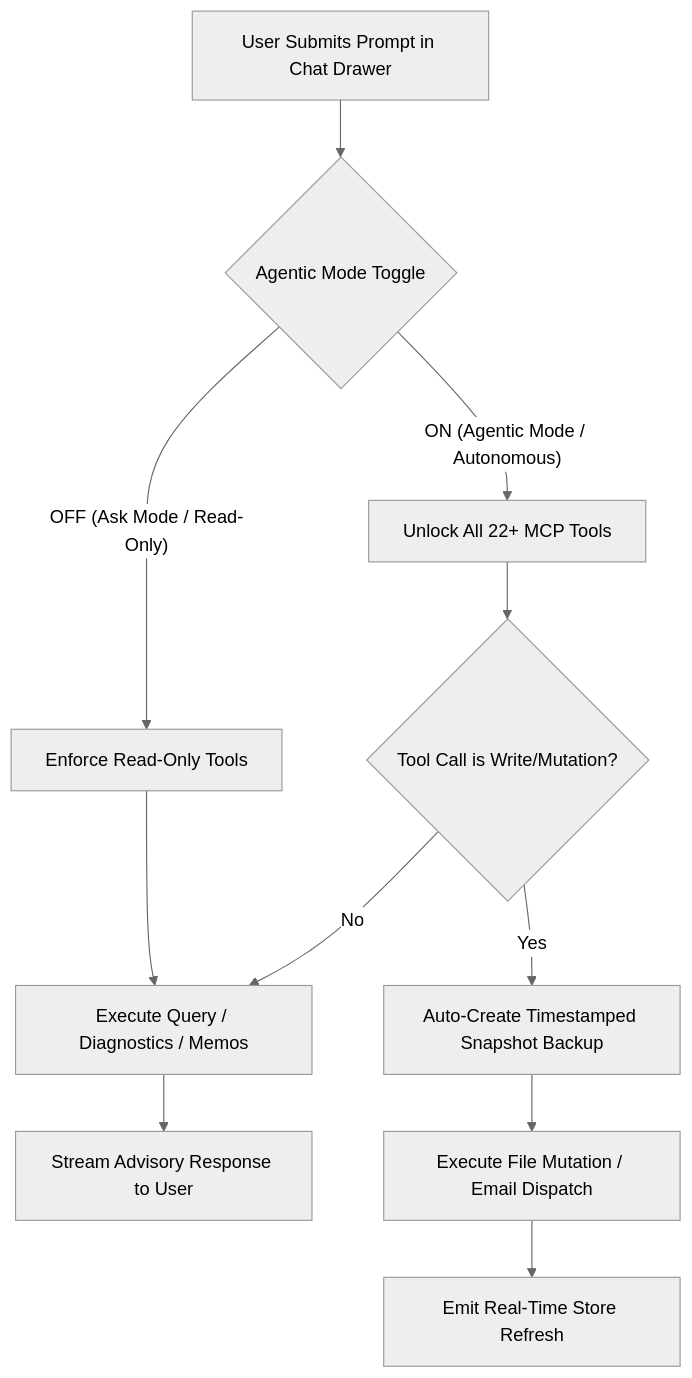
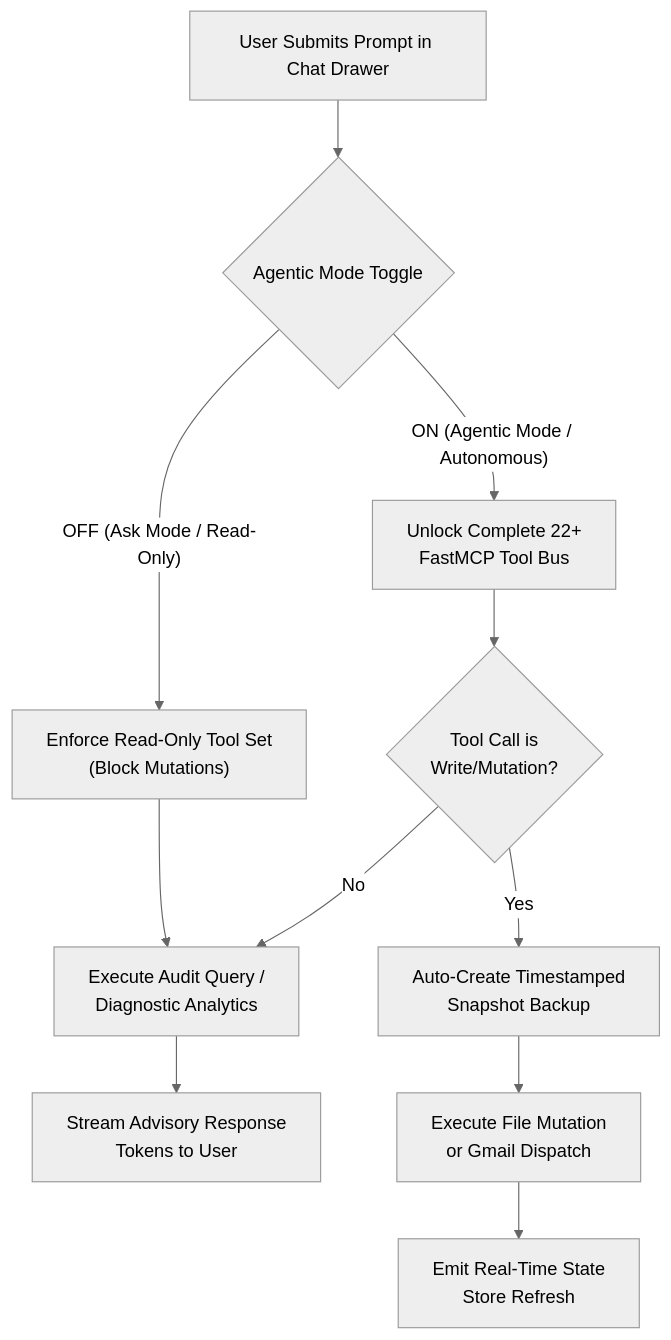
The sixth of 9 diagrams in ARCHITECTURE.md (harissh-k06/Razorpay_Buildathon), drawn with Mermaid (neutral theme) before and after one commit. The commit also changed other lines of this file, not shown here.

````diff
--- a/ARCHITECTURE.md
+++ b/ARCHITECTURE.md
@@ -436,15 +436,15 @@
 ```mermaid
 flowchart TD
     UserQuery["User Submits Prompt in Chat Drawer"] --> ModeCheck{"Agentic Mode Toggle"}
     
-    ModeCheck -- "OFF (Ask Mode / Read-Only)" --> FilterAsk["Enforce Read-Only Tools"]
-    FilterAsk --> ExecRead["Execute Query / Diagnostics / Memos"]
-    ExecRead --> StreamAsk["Stream Advisory Response to User"]
+    ModeCheck -- "OFF (Ask Mode / Read-Only)" --> FilterAsk["Enforce Read-Only Tool Set<br/>(Block Mutations)"]
+    FilterAsk --> ExecRead["Execute Audit Query /<br/>Diagnostic Analytics"]
+    ExecRead --> StreamAsk["Stream Advisory Response<br/>Tokens to User"]
     
-    ModeCheck -- "ON (Agentic Mode / Autonomous)" --> FilterAgentic["Unlock All 22+ MCP Tools"]
-    FilterAgentic --> ActionCheck{"Tool Call is Write/Mutation?"}
-    ActionCheck -- Yes --> MakeBackup["Auto-Create Timestamped Snapshot Backup"]
-    MakeBackup --> ExecWrite["Execute File Mutation / Email Dispatch"]
-    ExecWrite --> UpdateUI["Emit Real-Time Store Refresh"]
+    ModeCheck -- "ON (Agentic Mode / Autonomous)" --> FilterAgentic["Unlock Complete 22+<br/>FastMCP Tool Bus"]
+    FilterAgentic --> ActionCheck{"Tool Call is<br/>Write/Mutation?"}
+    ActionCheck -- Yes --> MakeBackup["Auto-Create Timestamped<br/>Snapshot Backup"]
+    MakeBackup --> ExecWrite["Execute File Mutation<br/>or Gmail Dispatch"]
+    ExecWrite --> UpdateUI["Emit Real-Time State<br/>Store Refresh"]
     ActionCheck -- No --> ExecRead
 ```
````
